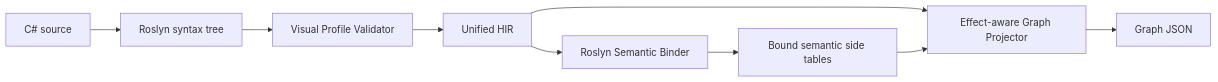
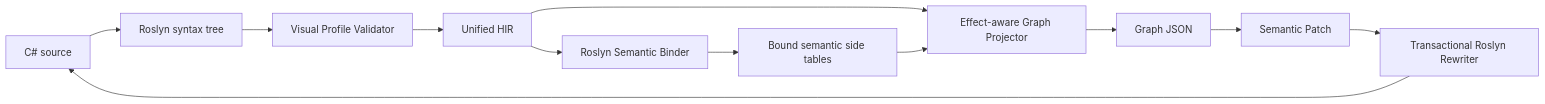
The diagram in docs/ARCHITECTURE.md (whisper3zzz/FinareScript), drawn with Mermaid before and after one commit. The commit also changed other lines of this file and 20 other files, not shown here.

Commit message:
feat: add transactional graph-to-source patches

````diff
--- a/docs/ARCHITECTURE.md
+++ b/docs/ARCHITECTURE.md
@@ -47,11 +47,14 @@
 ```mermaid
 flowchart LR
     Source["C# source"] --> Roslyn["Roslyn syntax tree"]
     Roslyn --> Validator["Visual Profile Validator"]
     Validator --> HIR["Unified HIR"]
     HIR --> Binder["Roslyn Semantic Binder"]
     Binder --> Bound["Bound semantic side tables"]
     HIR --> Projector["Effect-aware Graph Projector"]
     Bound --> Projector
     Projector --> Graph["Graph JSON"]
+    Graph --> Patch["Semantic Patch"]
+    Patch --> Rewriter["Transactional Roslyn Rewriter"]
+    Rewriter --> Source
 ```
````
